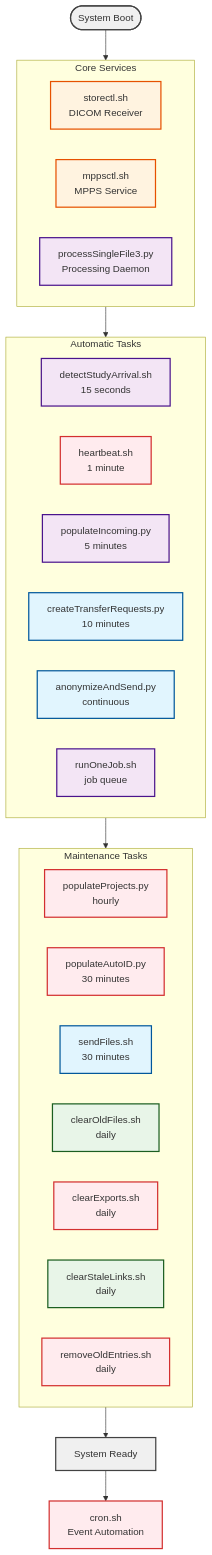
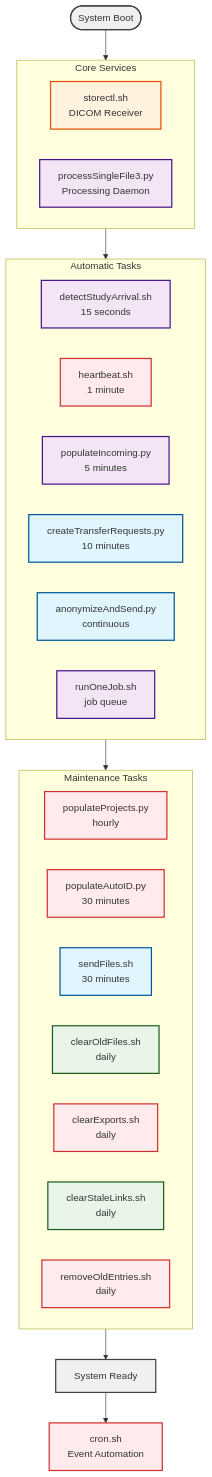
One commit to mmiv-center/FionaDocs changed the second of 3 diagrams in docs/source/Architecture/index.rst. Above: the diagram before and after it, drawn with Mermaid. The commit also changed other lines of this file and 9 other files, not shown here.

```diff
--- a/docs/source/Architecture/index.rst
+++ b/docs/source/Architecture/index.rst
@@ -243,52 +233,51 @@
 .. mermaid::
 
    flowchart TD
        Start([System Boot]) -->  CoreServices[Core Services]
           
        subgraph CoreServices [Core Services]
            StoreCTL[storectl.sh<br/>DICOM Receiver]
-           MPPS[mppsctl.sh<br/>MPPS Service]
            Process[processSingleFile3.py<br/>Processing Daemon]
        end
        
        CoreServices --> CronJobs[Cron Jobs]
        
        subgraph CronJobs [Automatic Tasks]
            Detect[detectStudyArrival.sh<br/>15 seconds]
            Heartbeat[heartbeat.sh<br/>1 minute]
            Populate[populateIncoming.py<br/>5 minutes]
            Transfer[createTransferRequests.py<br/>10 minutes]
            Anonymize[anonymizeAndSend.py<br/>continuous]
            Jobs[runOneJob.sh<br/>job queue]
        end
        
        CronJobs --> Maintenance[Daily/Hourly Tasks]
        
        subgraph Maintenance [Maintenance Tasks]
            Projects[populateProjects.py<br/>hourly]
            AutoID[populateAutoID.py<br/>30 minutes]
            SendFiles[sendFiles.sh<br/>30 minutes]
            Cleanup[clearOldFiles.sh<br/>daily]
            ClearExports[clearExports.sh<br/>daily]
            StaleLinks[clearStaleLinks.sh<br/>daily]
            RemoveOld[removeOldEntries.sh<br/>daily]
        end
        
        Maintenance --> SystemReady[System Ready]
        
        SystemReady --> EventSystem[cron.sh<br/>Event Automation]
        
        %% Styling
        classDef network fill:#fff3e0,stroke:#e65100,stroke-width:2px
        classDef process fill:#f3e5f5,stroke:#4a148c,stroke-width:2px
        classDef storage fill:#e8f5e8,stroke:#1b5e20,stroke-width:2px
        classDef transfer fill:#e1f5fe,stroke:#01579b,stroke-width:2px
        classDef mgmt fill:#ffebee,stroke:#d32f2f,stroke-width:2px
        classDef system fill:#f0f0f0,stroke:#424242,stroke-width:2px
        
        class StoreCTL,MPPS network
        class Process,Detect,Populate,Jobs process
        class Cleanup,StaleLinks storage
        class Transfer,Anonymize,SendFiles transfer
        class Setup,Heartbeat,Projects,AutoID,ClearExports,RemoveOld,EventSystem mgmt
        class Start,SystemReady system
```
